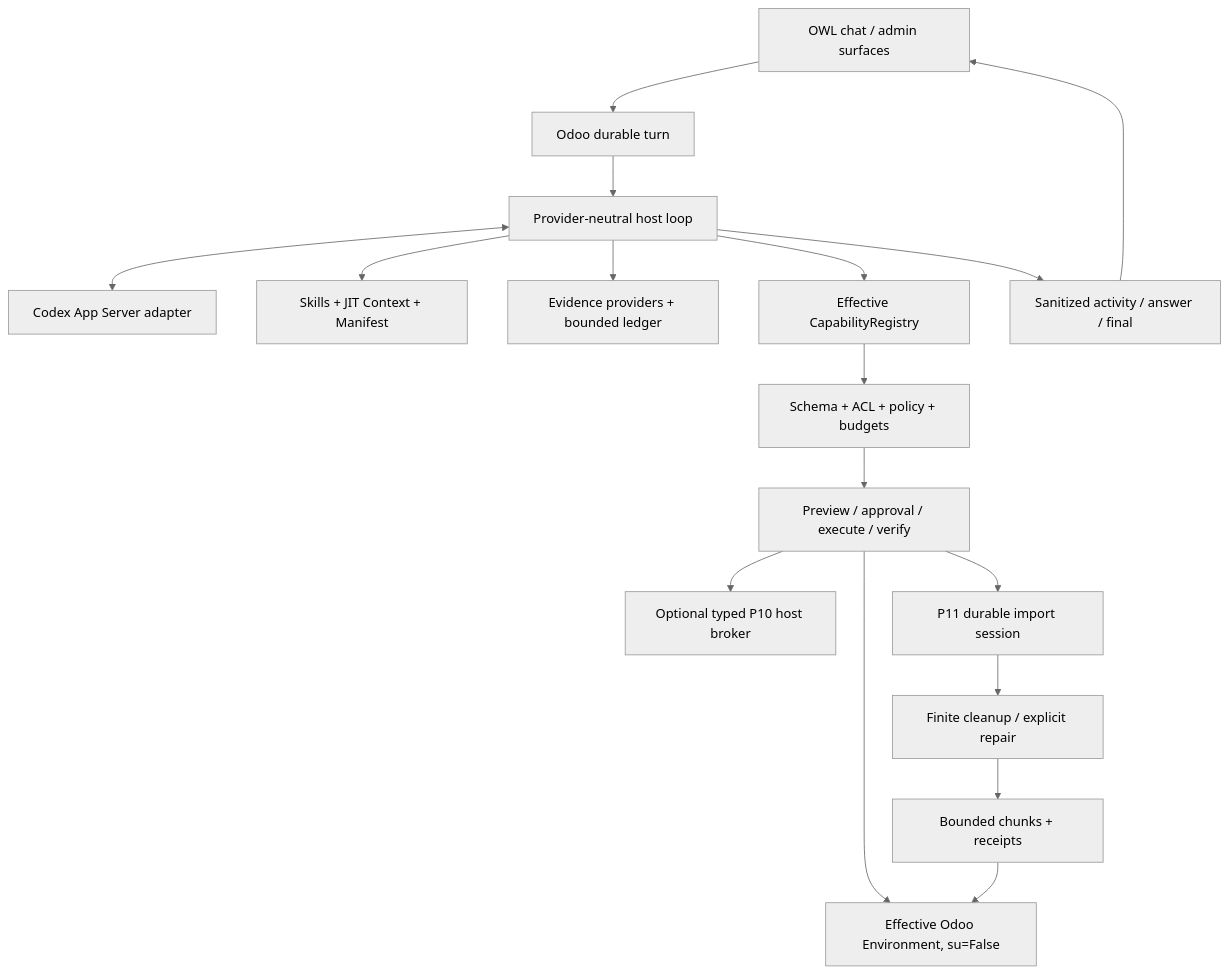
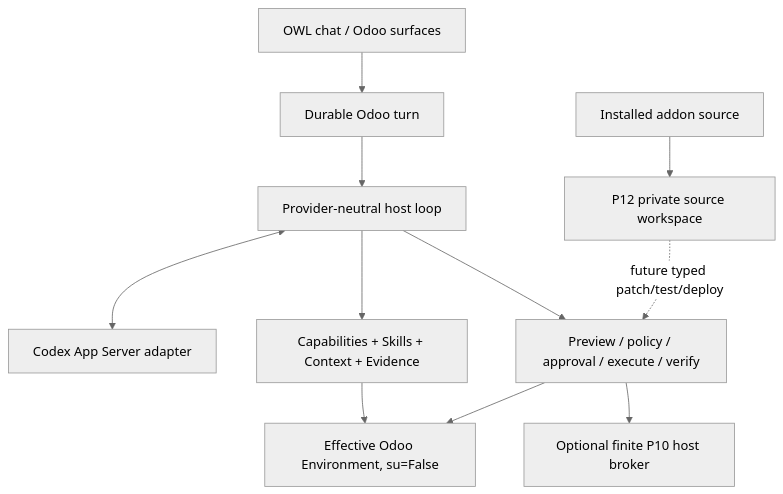
Before and after one commit to CPX-001/ai-odoo-assistant: the diagram in README.md, drawn with Mermaid (neutral theme). The commit also changed other lines of this file, not shown here.

````diff
--- a/README.md
+++ b/README.md
@@ -35,19 +20,13 @@
 ```mermaid
 flowchart TB
-    UI[OWL chat / admin surfaces] --> TURN[Odoo durable turn]
+    UI[OWL chat / Odoo surfaces] --> TURN[Durable Odoo turn]
     TURN --> HOST[Provider-neutral host loop]
     HOST <--> MODEL[Codex App Server adapter]
-    HOST --> EXT[Skills + JIT Context + Manifest]
-    HOST --> EVIDENCE[Evidence providers + bounded ledger]
-    HOST --> CAPS[Effective CapabilityRegistry]
-    CAPS --> POLICY[Schema + ACL + policy + budgets]
-    POLICY --> EFFECT[Preview / approval / execute / verify]
-    EFFECT --> ORM[Effective Odoo Environment, su=False]
-    EFFECT --> BROKER[Optional typed P10 host broker]
-    EFFECT --> IMPORT[P11 durable import session]
-    IMPORT --> REPAIR[Finite cleanup / explicit repair]
-    REPAIR --> CHUNK[Bounded chunks + receipts]
-    CHUNK --> ORM
-    HOST --> PUBLIC[Sanitized activity / answer / final]
-    PUBLIC --> UI
+    HOST --> CAPS[Capabilities + Skills + Context + Evidence]
+    CAPS --> ORM[Effective Odoo Environment, su=False]
+    HOST --> EFFECT[Preview / policy / approval / execute / verify]
+    EFFECT --> ORM
+    EFFECT --> BROKER[Optional finite P10 host broker]
+    SRC[Installed addon source] --> WS[P12 private source workspace]
+    WS -. future typed patch/test/deploy .-> EFFECT
 ```
````
